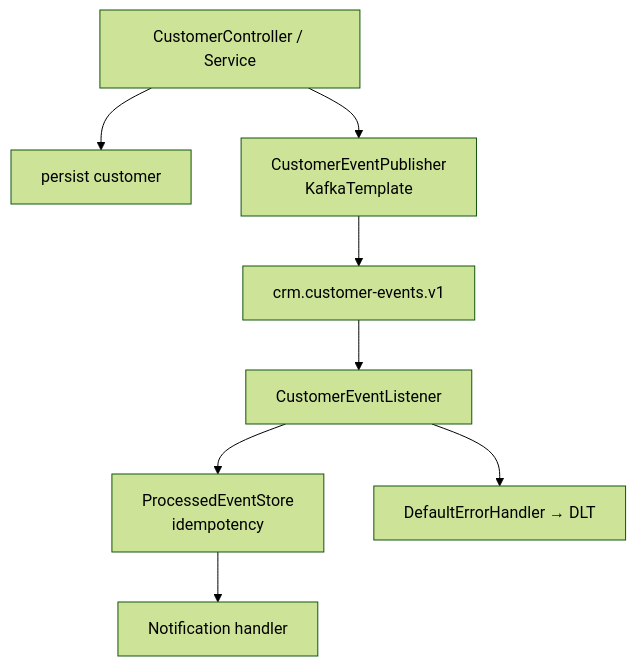
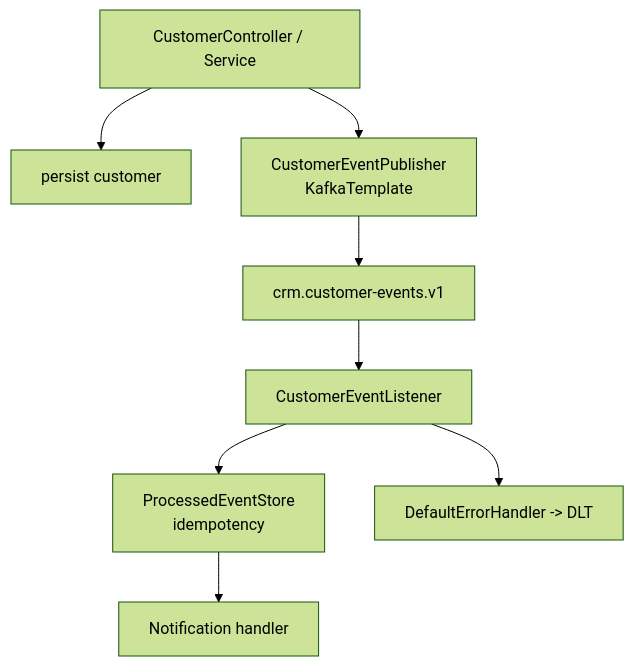
One commit to pupilliluke/bc-sw-engineer-java-participant changed the first of 2 diagrams in labs/Week 4 - Kafka, React, PostgreSQL and Resilience/module-31/lab31/LAB-31-GUIDE.md. Above: the diagram before and after it, drawn with Mermaid (forest theme). The commit also changed 55 other files, not shown here.

Commit message:
Stop publishing local screenshots; harden Mermaid for GitHub; sync only tracked lab files.

````diff
--- a/labs/Week 4 - Kafka, React, PostgreSQL and Resilience/module-31/lab31/LAB-31-GUIDE.md
+++ b/labs/Week 4 - Kafka, React, PostgreSQL and Resilience/module-31/lab31/LAB-31-GUIDE.md
@@ -86,10 +86,10 @@
 ```mermaid
 flowchart TB
   Ctrl["CustomerController / Service"] --> Persist["persist customer"]
   Ctrl --> Pub["CustomerEventPublisher<br/>KafkaTemplate"]
   Pub --> Topic["crm.customer-events.v1"]
   Topic --> L["CustomerEventListener"]
   L --> Store["ProcessedEventStore<br/>idempotency"]
   Store --> Notif["Notification handler"]
-  L --> Err["DefaultErrorHandler → DLT"]
+  L --> Err["DefaultErrorHandler -> DLT"]
 ```
````
